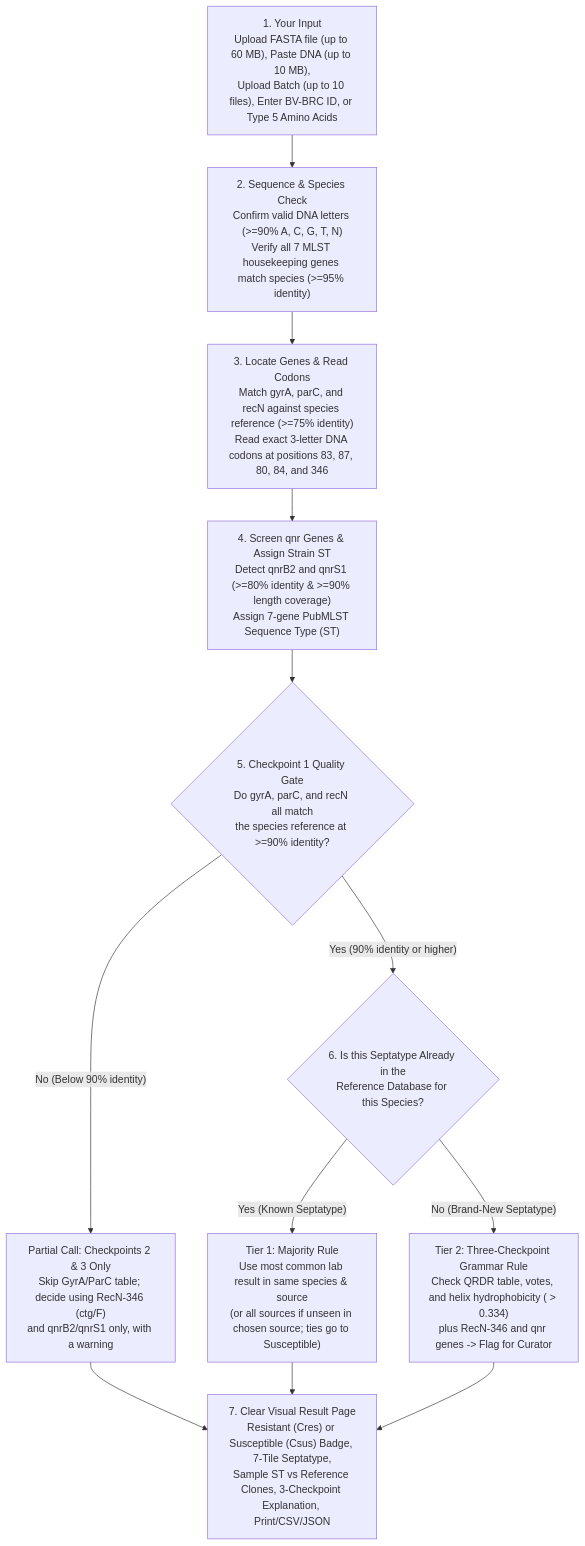
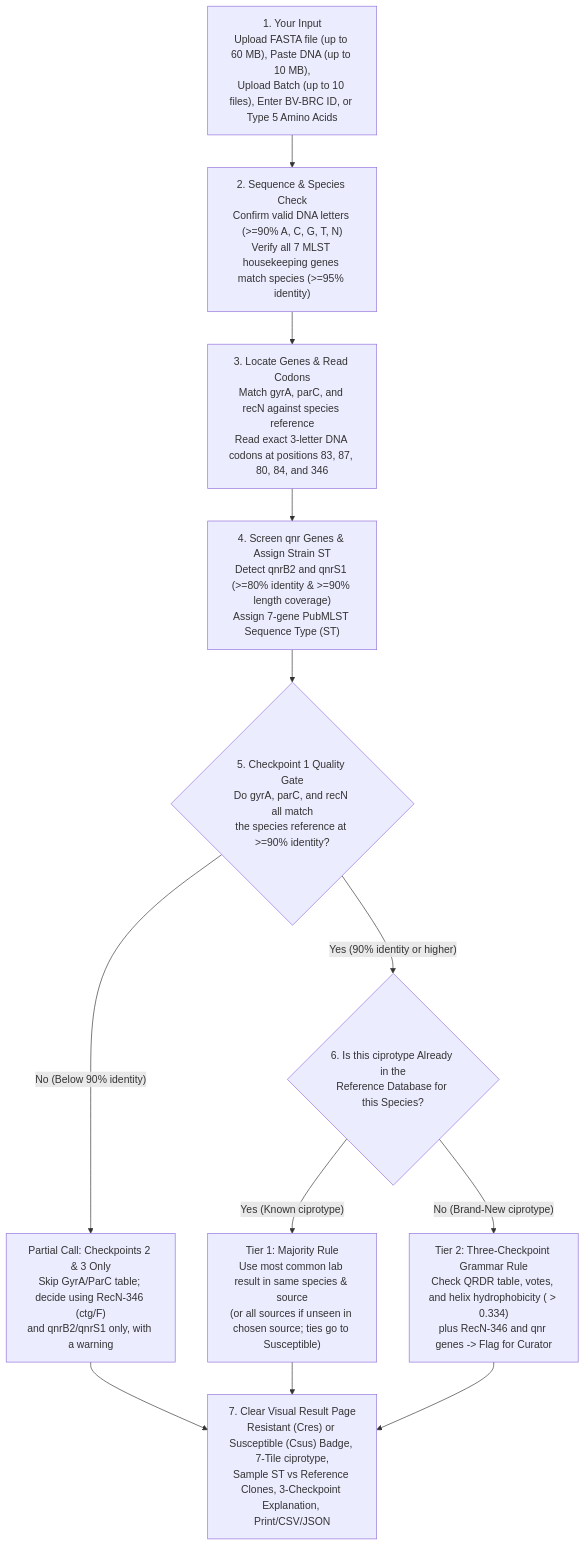
Before and after one commit to ikbalsk/Septatyper: the first of 3 diagrams in readme.md, drawn with Mermaid. The commit also changed other lines of this file, not shown here.

````diff
--- a/readme.md
+++ b/readme.md
@@ -83,14 +82,14 @@
 ```mermaid
 flowchart TD
     A["1. Your Input<br/>Upload FASTA file (up to 60 MB), Paste DNA (up to 10 MB),<br/>Upload Batch (up to 10 files), Enter BV-BRC ID, or Type 5 Amino Acids"] --> B["2. Sequence & Species Check<br/>Confirm valid DNA letters (>=90% A, C, G, T, N)<br/>Verify all 7 MLST housekeeping genes match species (>=95% identity)"]
-    B --> C["3. Locate Genes & Read Codons<br/>Match gyrA, parC, and recN against species reference (>=75% identity)<br/>Read exact 3-letter DNA codons at positions 83, 87, 80, 84, and 346"]
+    B --> C["3. Locate Genes & Read Codons<br/>Match gyrA, parC, and recN against species reference<br/>Read exact 3-letter DNA codons at positions 83, 87, 80, 84, and 346"]
     C --> D["4. Screen qnr Genes & Assign Strain ST<br/>Detect qnrB2 and qnrS1 (>=80% identity & >=90% length coverage)<br/>Assign 7-gene PubMLST Sequence Type (ST)"]
     D --> E{"5. Checkpoint 1 Quality Gate<br/>Do gyrA, parC, and recN all match<br/>the species reference at >=90% identity?"}
     E -- "No (Below 90% identity)" --> F["Partial Call: Checkpoints 2 & 3 Only<br/>Skip GyrA/ParC table; decide using RecN-346 (ctg/F)<br/>and qnrB2/qnrS1 only, with a warning"]
-    E -- "Yes (90% identity or higher)" --> G{"6. Is this Septatype Already in the<br/>Reference Database for this Species?"}
-    G -- "Yes (Known Septatype)" --> H["Tier 1: Majority Rule<br/>Use most common lab result in same species & source<br/>(or all sources if unseen in chosen source; ties go to Susceptible)"]
-    G -- "No (Brand-New Septatype)" --> I["Tier 2: Three-Checkpoint Grammar Rule<br/>Check QRDR table, votes, and helix hydrophobicity (<H> > 0.334)<br/>plus RecN-346 and qnr genes -> Flag for Curator"]
-    F --> J["7. Clear Visual Result Page<br/>Resistant (Cres) or Susceptible (Csus) Badge, 7-Tile Septatype,<br/>Sample ST vs Reference Clones, 3-Checkpoint Explanation, Print/CSV/JSON"]
+    E -- "Yes (90% identity or higher)" --> G{"6. Is this ciprotype Already in the<br/>Reference Database for this Species?"}
+    G -- "Yes (Known ciprotype)" --> H["Tier 1: Majority Rule<br/>Use most common lab result in same species & source<br/>(or all sources if unseen in chosen source; ties go to Susceptible)"]
+    G -- "No (Brand-New ciprotype)" --> I["Tier 2: Three-Checkpoint Grammar Rule<br/>Check QRDR table, votes, and helix hydrophobicity (<H> > 0.334)<br/>plus RecN-346 and qnr genes -> Flag for Curator"]
+    F --> J["7. Clear Visual Result Page<br/>Resistant (Cres) or Susceptible (Csus) Badge, 7-Tile ciprotype,<br/>Sample ST vs Reference Clones, 3-Checkpoint Explanation, Print/CSV/JSON"]
     H --> J
     I --> J
 ```
````
